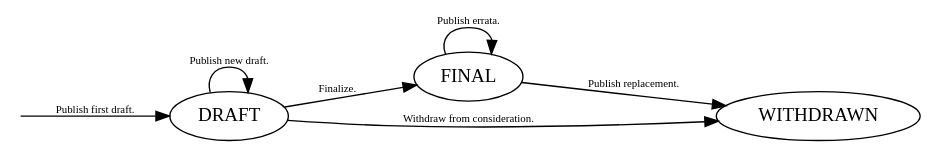
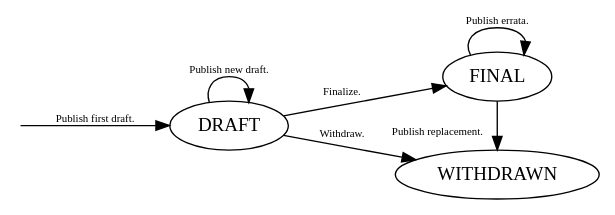
The diagram in admin/states.dot (scheme-requests-for-implementation/srfi-common), drawn with Graphviz before and after one commit.

Commit message:
Improve layout.

```diff
--- a/admin/states.dot
+++ b/admin/states.dot
@@ -1,10 +1,11 @@
 digraph srfi_states {
 	rankdir=LR;
+	{ rank=max; FINAL; WITHDRAWN }
 	invisible_start [shape=point, style=invis];
 	invisible_start -> DRAFT [label=" Publish first draft.", fontsize="8"];
 	DRAFT -> DRAFT [label=" Publish new draft.", fontsize="8"];
 	DRAFT -> FINAL [label=" Finalize.", fontsize="8"];
-	DRAFT -> WITHDRAWN [label=" Withdraw from consideration.", fontsize="8"];
+	DRAFT -> WITHDRAWN [label=" Withdraw.", fontsize="8"];
 	FINAL -> FINAL [label=" Publish errata.", fontsize="8"];
-	FINAL -> WITHDRAWN [label=" Publish replacement.", fontsize="8"];
+	FINAL -> WITHDRAWN [xlabel=" Publish replacement. ", fontsize="8"];
 }
```
